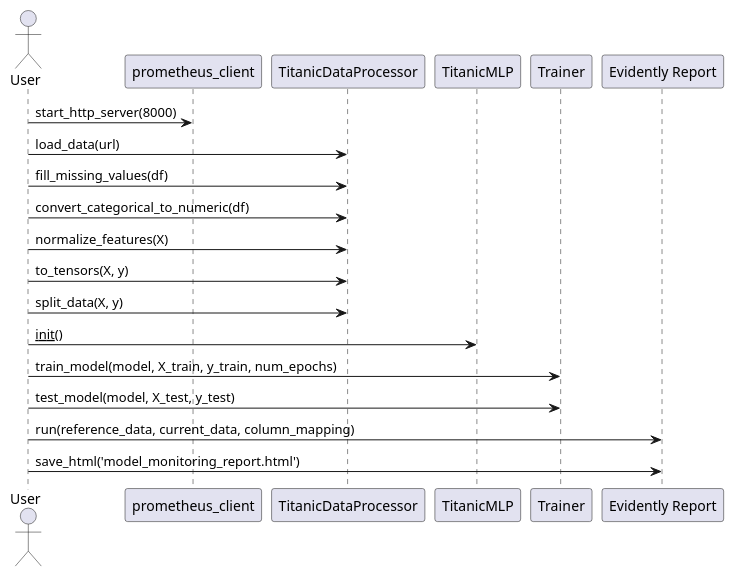
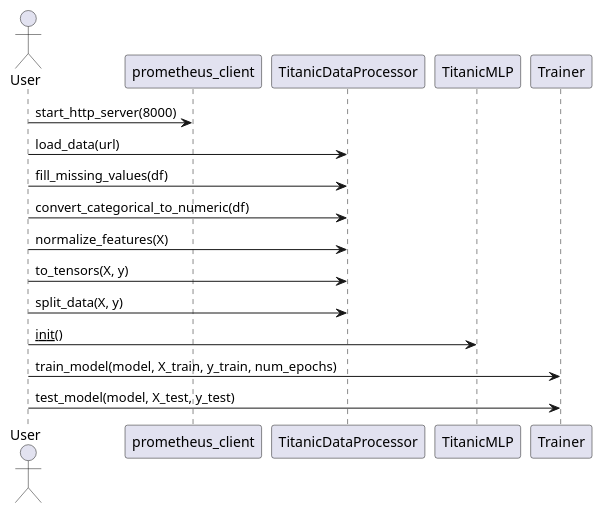
Before and after one commit to ElnazHnia/ML-model-online-method-drift: the diagram in simple ML model/Sequence Diagram.puml, drawn with PlantUML. The commit also changed 9 other files, not shown here.

```diff
--- a/simple ML model/Sequence Diagram.puml
+++ b/simple ML model/Sequence Diagram.puml
@@ -1,26 +1,26 @@
 @startuml
 
 actor User
 
 participant "prometheus_client" as prometheus
 participant "TitanicDataProcessor" as processor
 participant "TitanicMLP" as model
 participant "Trainer" as trainer
-participant "Evidently Report" as report
+'participant "Evidently Report" as report
 
 User -> prometheus: start_http_server(8000)
 User -> processor: load_data(url)
 User -> processor: fill_missing_values(df)
 User -> processor: convert_categorical_to_numeric(df)
 User -> processor: normalize_features(X)
 User -> processor: to_tensors(X, y)
 User -> processor: split_data(X, y)
 
 User -> model: __init__()
 User -> trainer: train_model(model, X_train, y_train, num_epochs)
 User -> trainer: test_model(model, X_test, y_test)
 
-User -> report: run(reference_data, current_data, column_mapping)
-User -> report: save_html('model_monitoring_report.html')
+'User -> report: run(reference_data, current_data, column_mapping)
+'User -> report: save_html('model_monitoring_report.html')
 
 @enduml
```
